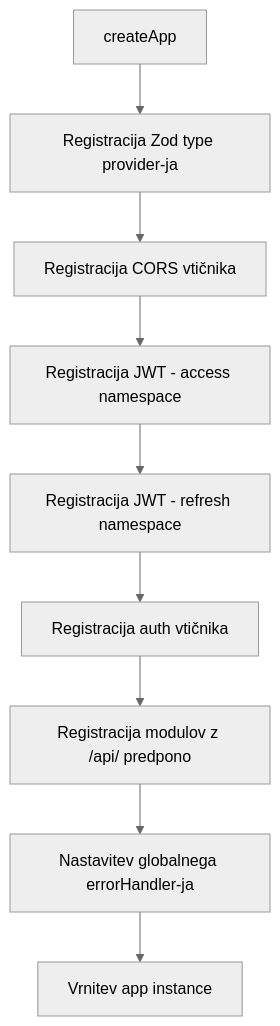
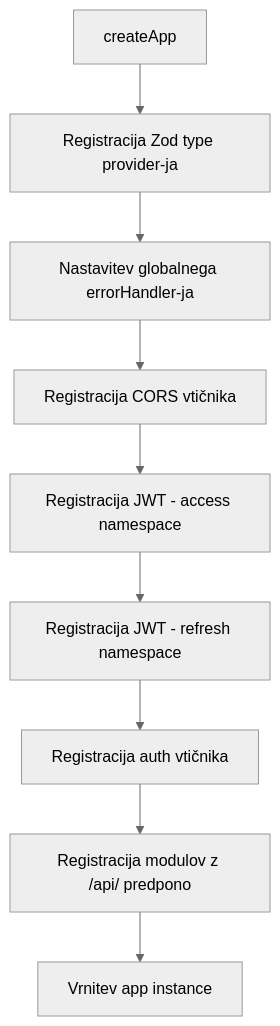
Diagram 12 of 20 in README.md (neoxk/printforge), drawn with Mermaid (neutral theme) before and after one commit. The commit also changed other lines of this file and 6 other files, not shown here.

````diff
--- a/README.md
+++ b/README.md
@@ -677,11 +769,11 @@
 ```mermaid
 flowchart TD
     A[createApp] --> B[Registracija Zod type provider-ja]
-    B --> C[Registracija CORS vtičnika]
-    C --> D[Registracija JWT - access namespace]
-    D --> E[Registracija JWT - refresh namespace]
-    E --> F[Registracija auth vtičnika]
-    F --> G[Registracija modulov z /api/ predpono]
-    G --> H[Nastavitev globalnega errorHandler-ja]
+    B --> C[Nastavitev globalnega errorHandler-ja]
+    C --> D[Registracija CORS vtičnika]
+    D --> E[Registracija JWT - access namespace]
+    E --> F[Registracija JWT - refresh namespace]
+    F --> G[Registracija auth vtičnika]
+    G --> H[Registracija modulov z /api/ predpono]
     H --> I[Vrnitev app instance]
 ```
````
